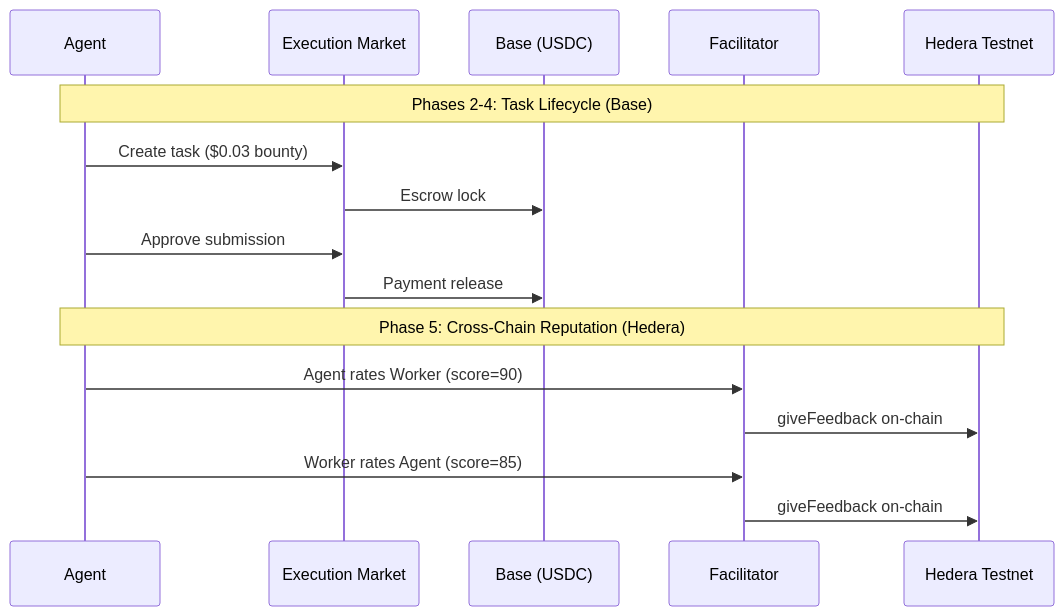
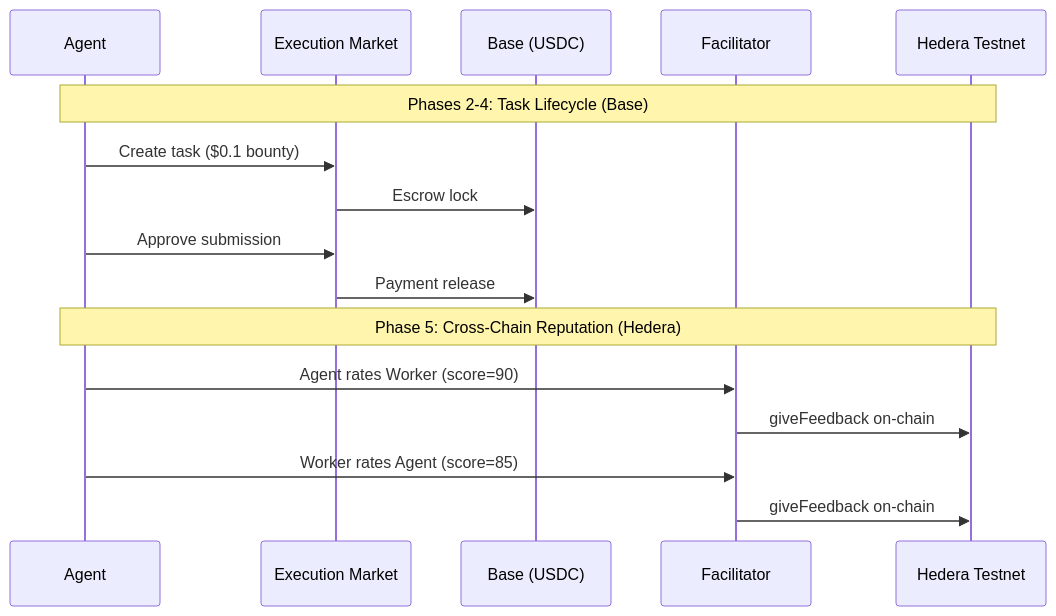
Before and after one commit to yesig3/em-cannes-hackathon: the diagram in hedera/GOLDEN_FLOW_HEDERA_REPORT.md, drawn with Mermaid. The commit also changed other lines of this file and 1 other file, not shown here.

First line of the commit message:
fix(hedera): increase gas for merit tip + golden flow 7/7 PASS report

````diff
--- a/hedera/GOLDEN_FLOW_HEDERA_REPORT.md
+++ b/hedera/GOLDEN_FLOW_HEDERA_REPORT.md
@@ -41,20 +52,20 @@
 ```mermaid
 sequenceDiagram
     participant A as Agent
     participant EM as Execution Market
     participant B as Base (USDC)
     participant F as Facilitator
     participant H as Hedera Testnet
 
     Note over A,H: Phases 2-4: Task Lifecycle (Base)
-    A->>EM: Create task ($0.03 bounty)
+    A->>EM: Create task ($0.1 bounty)
     EM->>B: Escrow lock
     A->>EM: Approve submission
     EM->>B: Payment release
 
     Note over A,H: Phase 5: Cross-Chain Reputation (Hedera)
     A->>F: Agent rates Worker (score=90)
     F->>H: giveFeedback on-chain
     A->>F: Worker rates Agent (score=85)
     F->>H: giveFeedback on-chain
 ```
````
